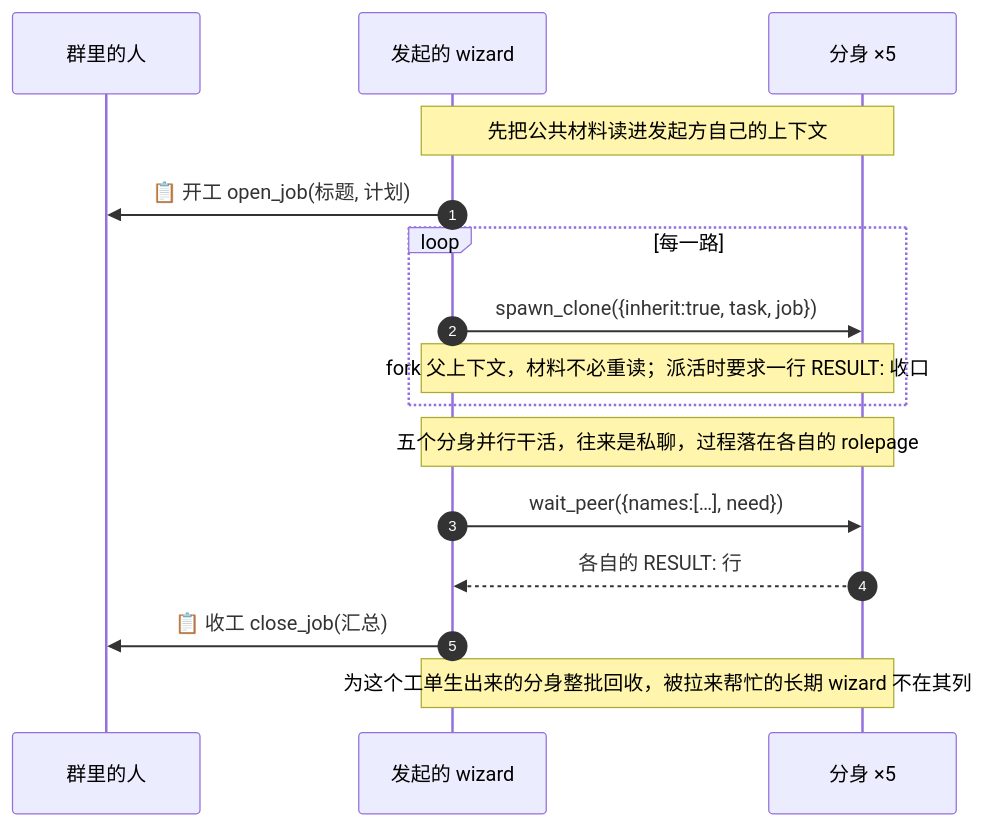
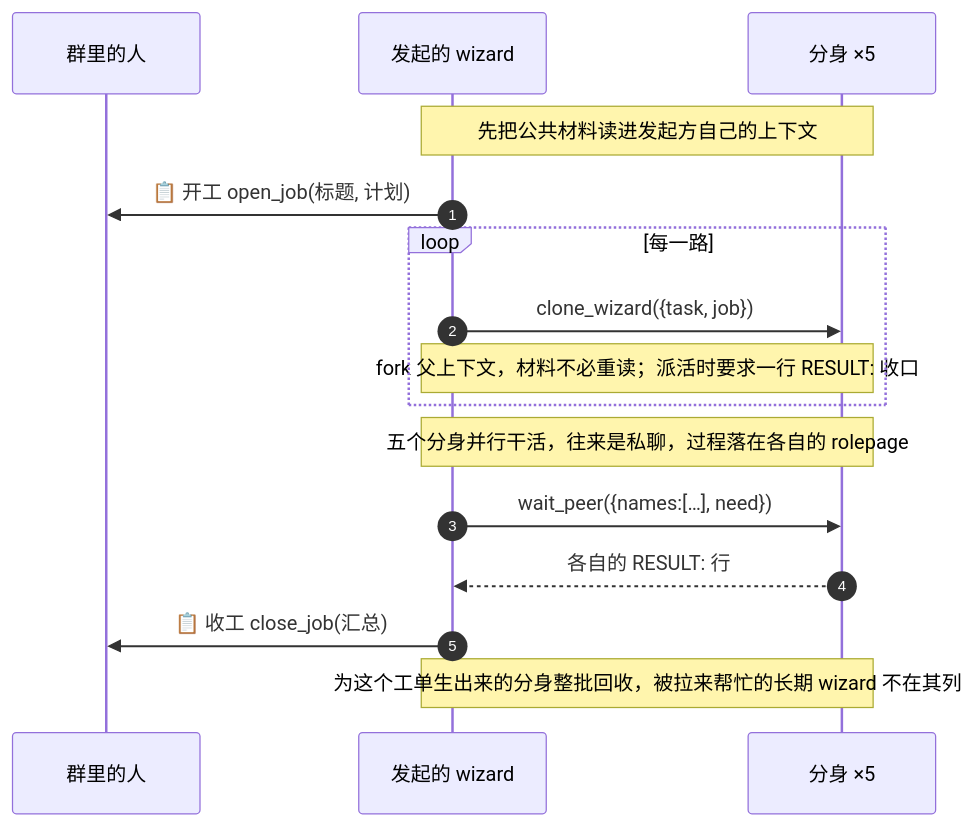
Before and after one commit to guxi11/wezard: the fifth of 5 diagrams in README.md, drawn with Mermaid. The commit also changed other lines of this file and 13 other files, not shown here.

First line of the commit message:
feat(wizard): 默认 wizard 当管家分派; 共享记忆改由整理者单写; spawn_clone 拆成 spawn_wizard / clone_wizard

````diff
--- a/README.md
+++ b/README.md
@@ -319,19 +319,19 @@
 ```mermaid
 sequenceDiagram
     autonumber
     participant U as 群里的人
     participant W as 发起的 wizard
     participant K as 分身 ×5
 
     Note over W,K: 先把公共材料读进发起方自己的上下文
     W->>U: 📋 开工 open_job(标题, 计划)
     loop 每一路
-        W->>K: spawn_clone({inherit:true, task, job})
+        W->>K: clone_wizard({task, job})
         Note over W,K: fork 父上下文，材料不必重读；派活时要求一行 RESULT: 收口
     end
     Note over W,K: 五个分身并行干活，往来是私聊，过程落在各自的 rolepage
     W->>K: wait_peer({names:[…], need})
     K-->>W: 各自的 RESULT: 行
     W->>U: 📋 收工 close_job(汇总)
     Note over W,K: 为这个工单生出来的分身整批回收，被拉来帮忙的长期 wizard 不在其列
 ```
````
